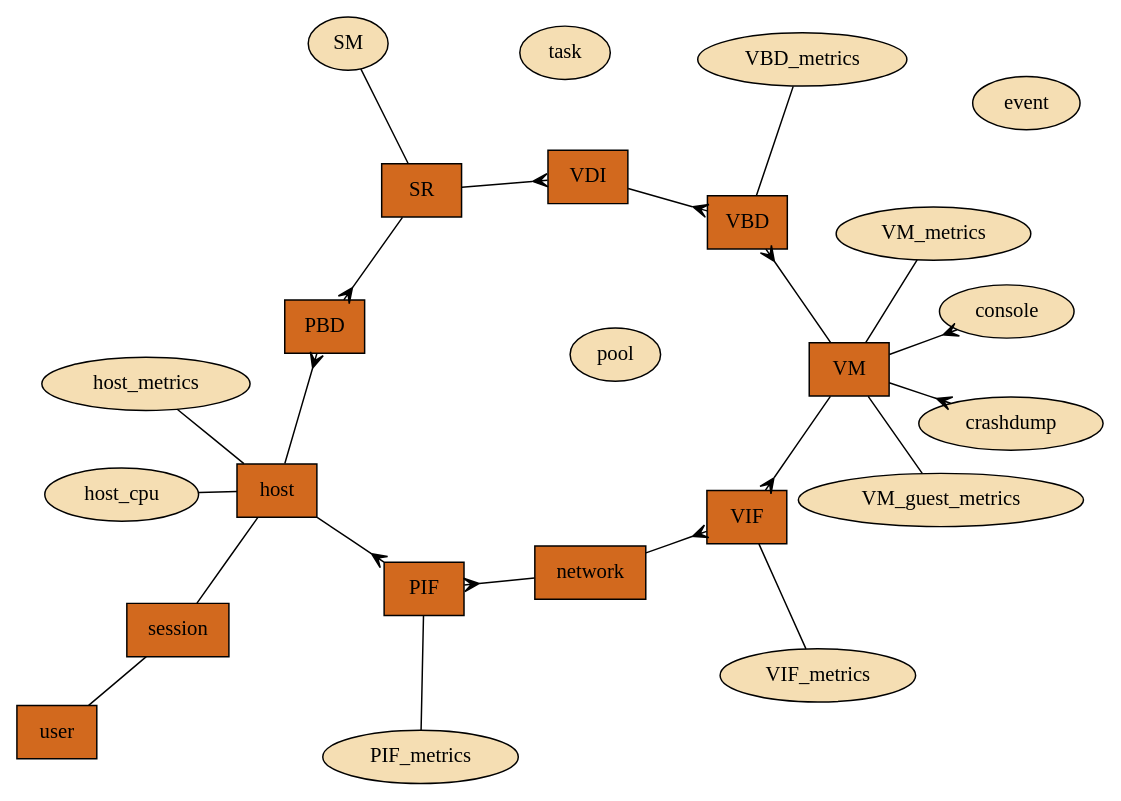
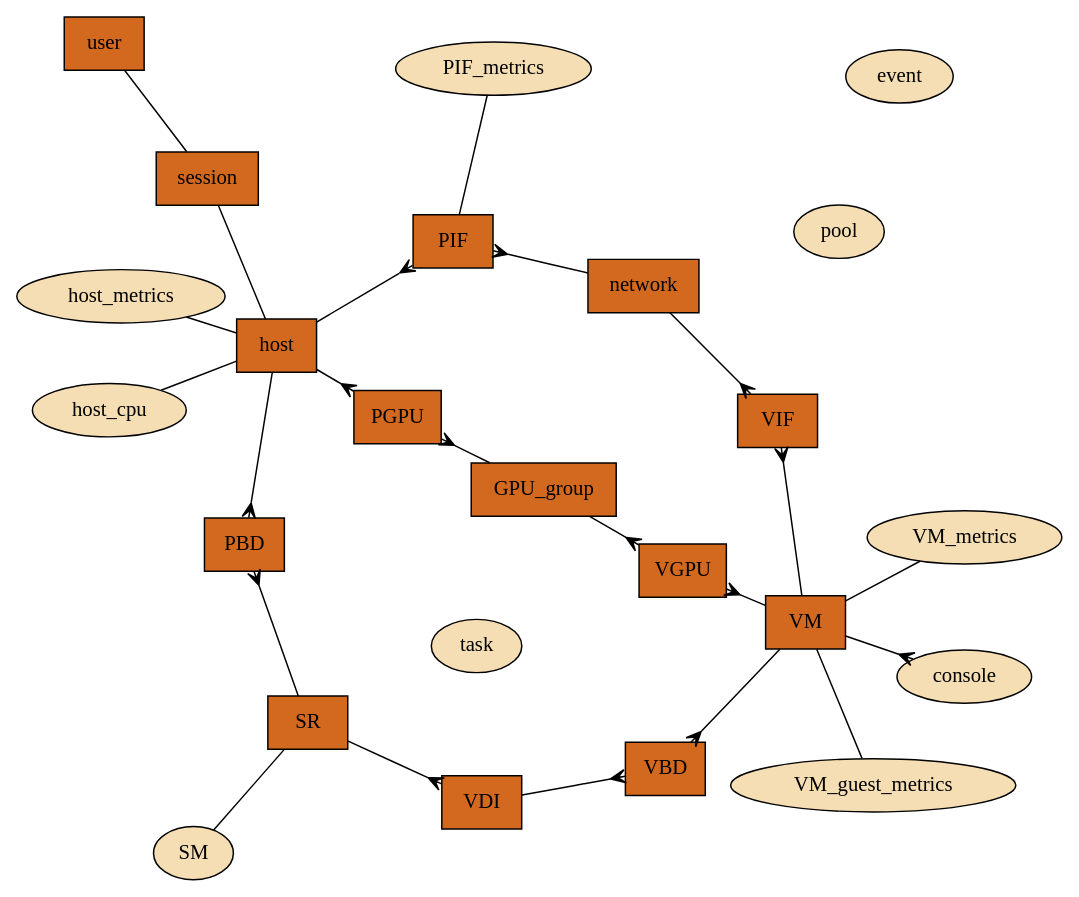
The diagram in ocaml/doc/classes.dot (xapi-project/xen-api), drawn with Graphviz before and after one commit. The commit also changed 2 other files, not shown here.

```diff
--- a/ocaml/doc/classes.dot
+++ b/ocaml/doc/classes.dot
@@ -1,36 +1,38 @@
 digraph "Xen-API Class Diagram" {
   fontname="Verdana";
-  start=10;
+  start=7;
   layout=neato;
   overlap=scale;
 
-  node [shape=box style=filled fillcolor=chocolate]; host PBD SR VDI VBD VM VIF network PIF user session;
+  node [shape=box style=filled fillcolor=chocolate];
+      host PBD SR VDI VBD VM VIF network PIF user session VGPU PGPU GPU_group;
 
-  node [shape=ellipse style=filled fillcolor=wheat]; pool task event host_cpu host_metrics SM VBD_metrics
-                        crashdump VM_metrics VM_guest_metrics console
-                        VIF_metrics PIF_metrics;
+  node [shape=ellipse style=filled fillcolor=wheat];
+      pool task event host_cpu host_metrics SM VM_metrics VM_guest_metrics
+      console PIF_metrics;
 
   edge [arrowhead="none", arrowtail="none"]
 
   user -> session
   session -> host
   host -> host_metrics
   host -> host_cpu
   host -> PBD [arrowhead="crow"]
+  host -> PGPU [arrowhead="crow"]
   SR -> PBD [arrowhead="crow"]
   SR -> VDI [arrowhead="crow"]
   SR -> SM
   VDI -> VBD [arrowhead="crow"]
-  VBD -> VBD_metrics
   VM -> VBD  [arrowhead="crow"]
   VM -> VIF [arrowhead="crow"]
-  VM -> crashdump [arrowhead="crow"]
   VM -> VM_metrics
   VM -> VM_guest_metrics
   VM -> console [arrowhead="crow"]
+  VM-> VGPU [arrowhead="crow"]
+  GPU_group -> VGPU [arrowhead="crow"]
+  GPU_group -> PGPU [arrowhead="crow"]
   network -> VIF [arrowhead="crow"]
-  VIF -> VIF_metrics
   network -> PIF [arrowhead="crow"]
   host -> PIF [arrowhead="crow"]
   PIF -> PIF_metrics
 }
```
